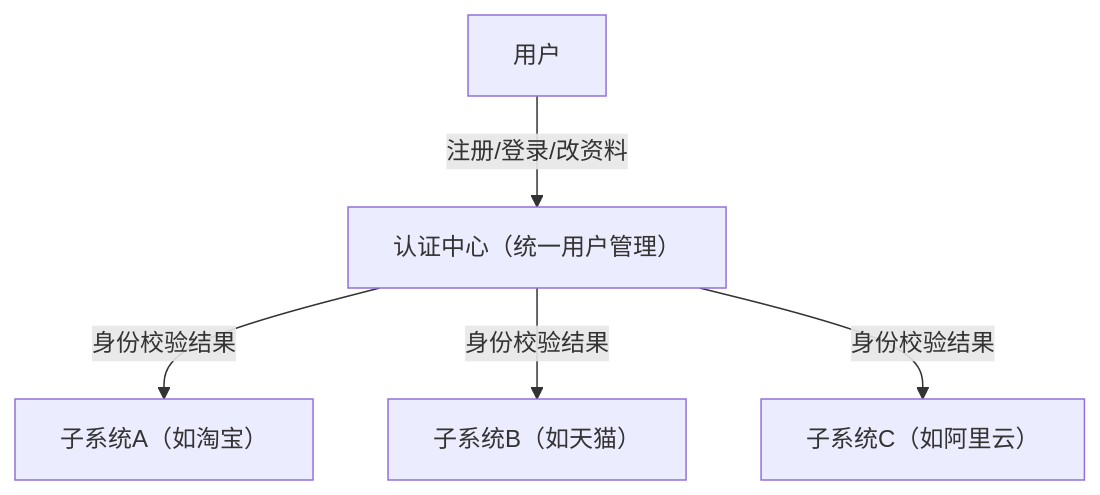
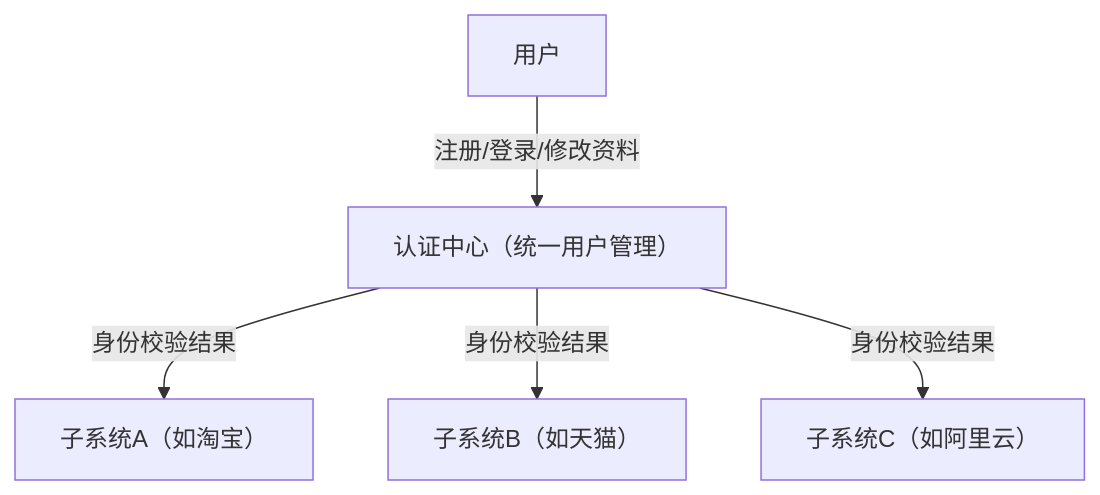
Before and after one commit to donghao-doc/donghao-doc.github.io: the first of 4 diagrams in docs/solution/single-sign-on.md, drawn with Mermaid. The commit also changed other lines of this file, not shown here.

````diff
--- a/docs/solution/single-sign-on.md
+++ b/docs/solution/single-sign-on.md
@@ -11,8 +11,7 @@
 ```mermaid
 flowchart TD
-    A[用户] -->|注册/登录/改资料| B[认证中心（统一用户管理）]
+    A[用户] -->|注册/登录/修改资料| B[认证中心（统一用户管理）]
     B -->|身份校验结果| C[子系统A（如淘宝）]
     B -->|身份校验结果| D[子系统B（如天猫）]
     B -->|身份校验结果| E[子系统C（如阿里云）]
-    %% 注：子系统不存储用户数据，仅依赖认证中心校验
 ```
````
